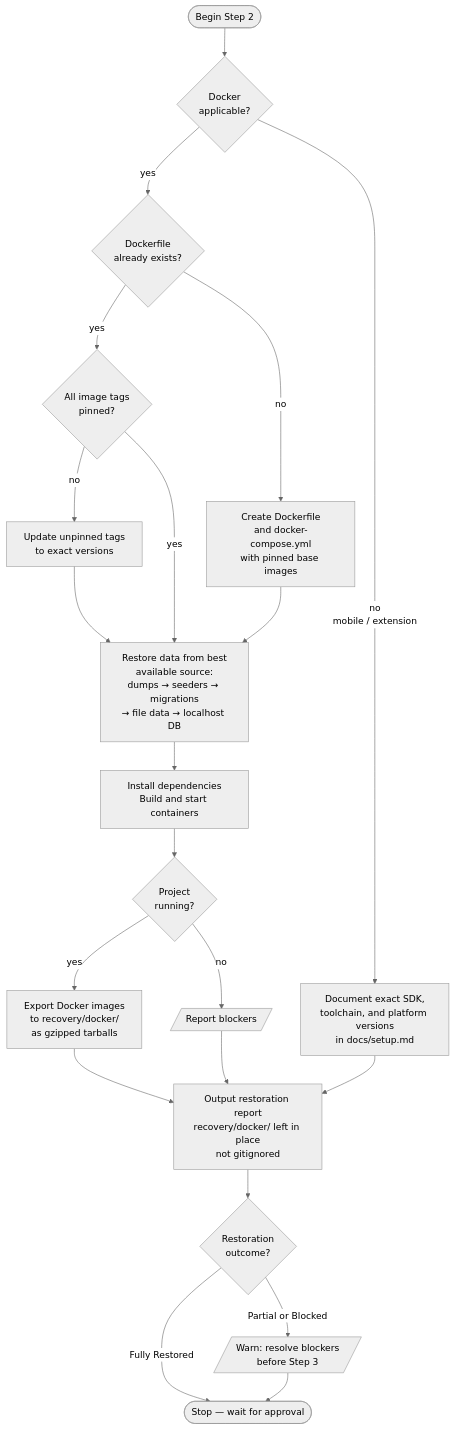
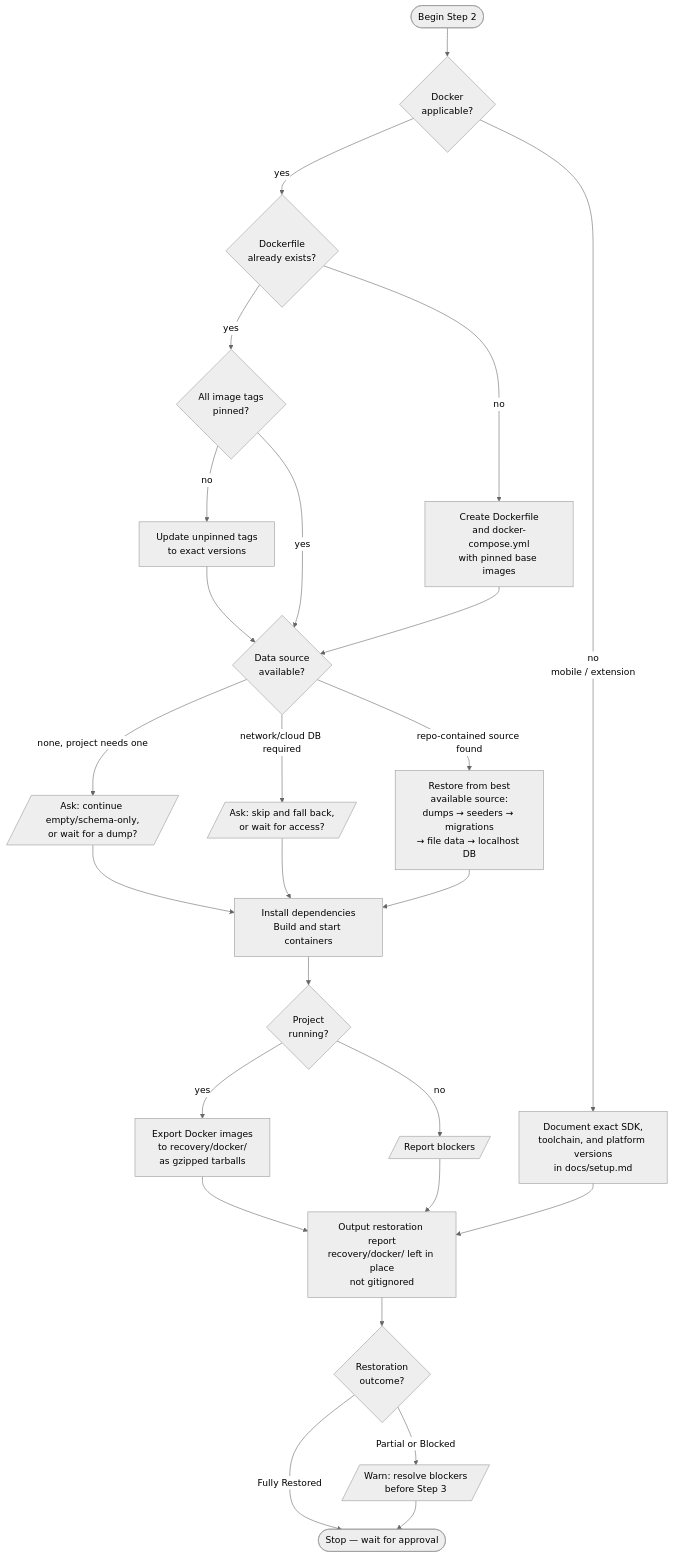
The diagram in docs/commands/archive/2-restore-and-freeze.md (myowinthein/agent-helm), drawn with Mermaid (neutral theme) before and after one commit. The commit also changed other lines of this file, not shown here.

Commit message:
docs(archive): document the missing data-source approval gate and repo rule
The docs page only documented one of step2's two "stop and ask"
approval gates (network/cloud database) — the "no data source exists"
gate was entirely absent from both prose and the flowchart, unlike
sibling steps whose diagrams represent every approval gate explicitly.
Also added step2's "work only within the current repository" rule,
missing from the Rules section.

````diff
--- a/docs/commands/archive/2-restore-and-freeze.md
+++ b/docs/commands/archive/2-restore-and-freeze.md
@@ -14,30 +14,36 @@
 ```mermaid
 flowchart TD
   Start([Begin Step 2]) --> Strategy{Docker\napplicable?}
 
   Strategy -->|yes| DockerCheck{Dockerfile\nalready exists?}
   Strategy -->|no\nmobile / extension| DocVersion[Document exact SDK,\ntoolchain, and platform versions\nin docs/setup.md]
 
   DockerCheck -->|yes| PinCheck{All image tags\npinned?}
   DockerCheck -->|no| CreateDocker[Create Dockerfile\nand docker-compose.yml\nwith pinned base images]
 
   PinCheck -->|no| PinTags[Update unpinned tags\nto exact versions]
   PinCheck -->|yes| DataRestore
   CreateDocker --> DataRestore
   PinTags --> DataRestore
 
-  DataRestore[Restore data from best\navailable source:\ndumps → seeders → migrations\n→ file data → localhost DB] --> Build
+  DataRestore{Data source\navailable?}
+  DataRestore -->|none, project needs one| NoSourceAsk[/Ask: continue empty/schema-only,\nor wait for a dump?/]
+  DataRestore -->|network/cloud DB required| NetworkAsk[/Ask: skip and fall back,\nor wait for access?/]
+  DataRestore -->|repo-contained source found| RestoreData[Restore from best\navailable source:\ndumps → seeders → migrations\n→ file data → localhost DB]
+  NoSourceAsk --> Build
+  NetworkAsk --> Build
+  RestoreData --> Build
 
   Build[Install dependencies\nBuild and start containers] --> Verify{Project\nrunning?}
 
   Verify -->|yes| Export[Export Docker images\nto recovery/docker/\nas gzipped tarballs]
   Verify -->|no| BlockerReport[/Report blockers/]
 
   Export --> Report[Output restoration report\nrecovery/docker/ left in place\nnot gitignored]
   DocVersion --> Report
   BlockerReport --> Report
 
   Report --> Outcome{Restoration\noutcome?}
   Outcome -->|Fully Restored| Stop([Stop — wait for approval])
   Outcome -->|Partial or Blocked| Warn[/Warn: resolve blockers\nbefore Step 3/] --> Stop
 ```
````
